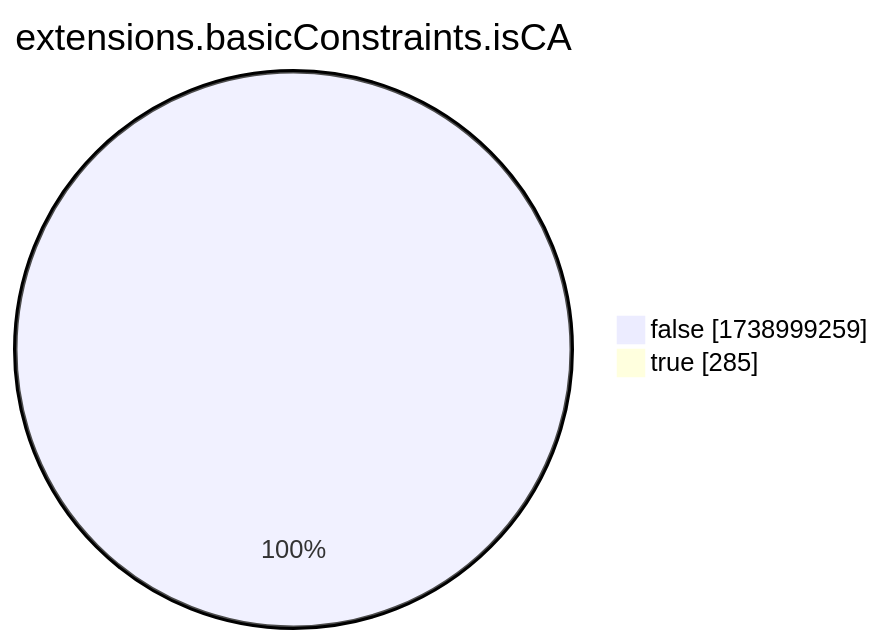
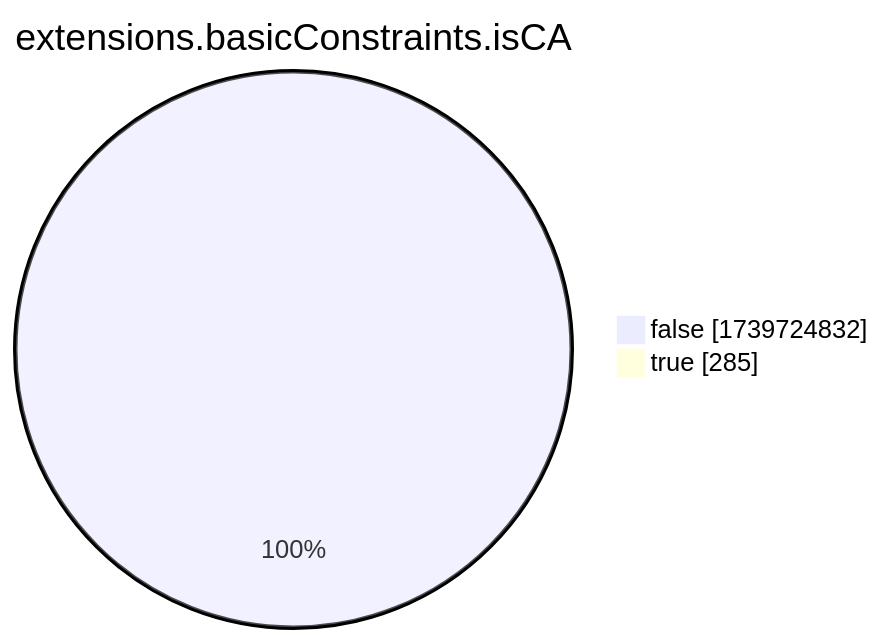
One commit to christiankrug/ctmonitor_visualization changed the eighth of 15 diagrams in xenon2022/README.md. Above: the diagram before and after it, drawn with Mermaid. The commit also changed other lines of this file, not shown here.

````diff
--- a/xenon2022/README.md
+++ b/xenon2022/README.md
@@ -2867,6 +2867,6 @@
 ```mermaid
 pie showData
 title extensions.basicConstraints.isCA
-"false" :1738999259
+"false" :1739724832
 "true" :285
 ```
````
